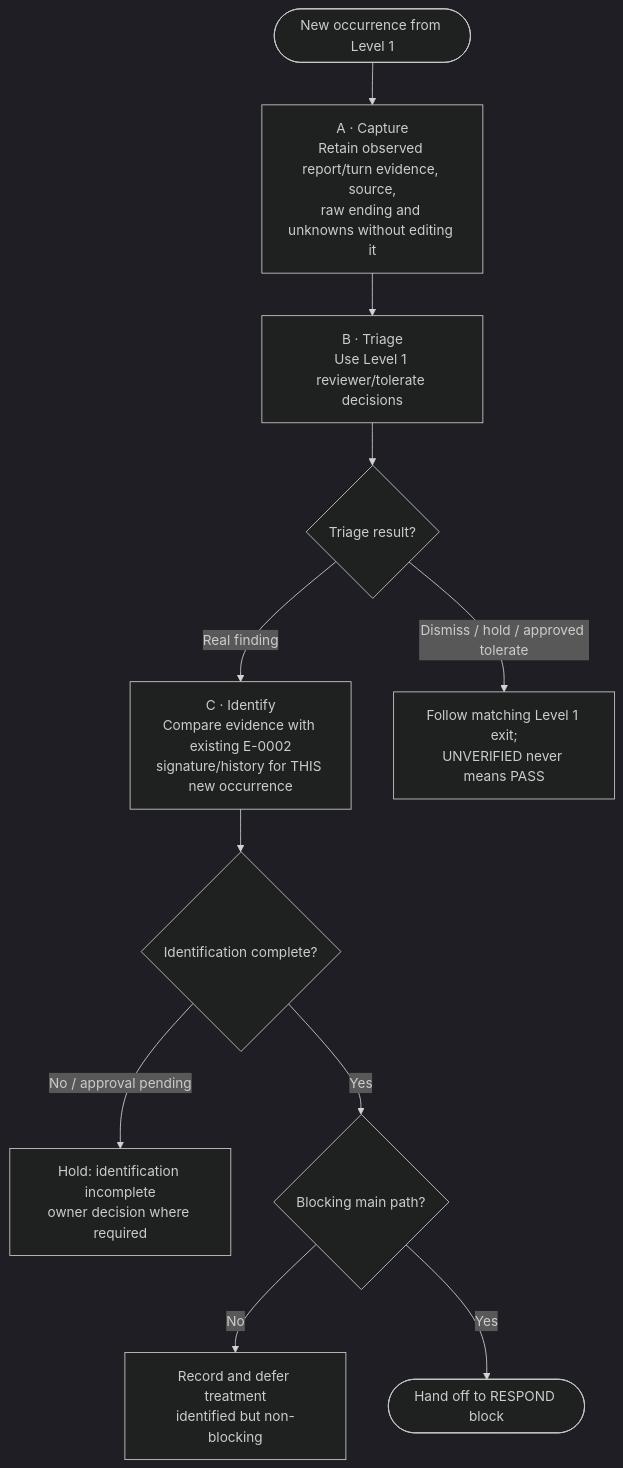
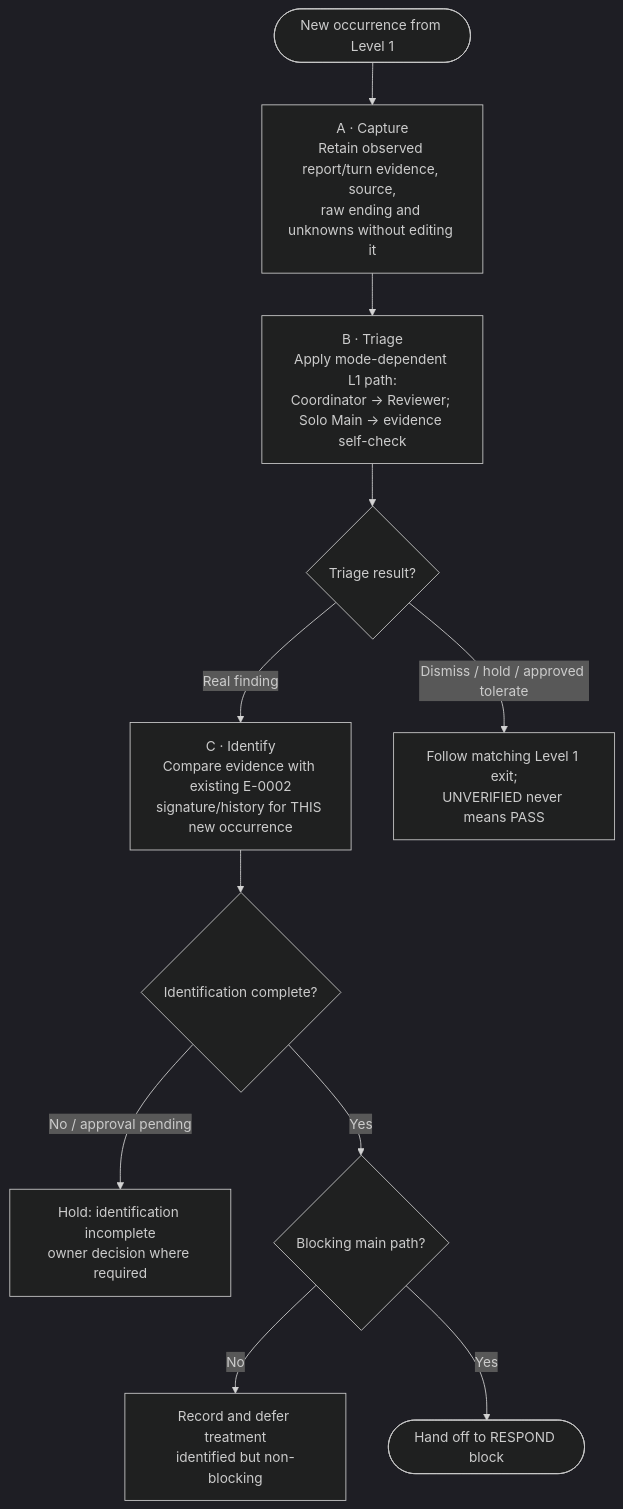
The first of 3 diagrams in docs/discussions/error-handling/actions/e0002-action-map.md (dyphn1/Harness-everything), drawn with Mermaid (dark theme) before and after one commit. The commit also changed other lines of this file, not shown here.

Commit message:
docs(error-handling): align E-0002 Triage and G acceptance with coordinator/solo roles (#437 #439)

````diff
--- a/docs/discussions/error-handling/actions/e0002-action-map.md
+++ b/docs/discussions/error-handling/actions/e0002-action-map.md
@@ -13,13 +13,13 @@
 ```mermaid
 flowchart TD
     START(["New occurrence from Level 1"]) --> A["A · Capture<br/>Retain observed report/turn evidence, source,<br/>raw ending and unknowns without editing it"]
-    A --> B["B · Triage<br/>Use Level 1 reviewer/tolerate decisions"]
+    A --> B["B · Triage<br/>Apply mode-dependent L1 path:<br/>Coordinator → Reviewer; Solo Main → evidence self-check"]
     B --> BF{"Triage result?"}
     BF -->|"Real finding"| C["C · Identify<br/>Compare evidence with existing E-0002<br/>signature/history for THIS new occurrence"]
     BF -->|"Dismiss / hold / approved tolerate"| BEXIT["Follow matching Level 1 exit;<br/>UNVERIFIED never means PASS"]
     C --> ID{"Identification complete?"}
     ID -->|"No / approval pending"| HOLD["Hold: identification incomplete<br/>owner decision where required"]
     ID -->|"Yes"| BLOCK{"Blocking main path?"}
     BLOCK -->|"No"| DEFER["Record and defer treatment<br/>identified but non-blocking"]
     BLOCK -->|"Yes"| NEXT(["Hand off to RESPOND block"])
 ```
````
